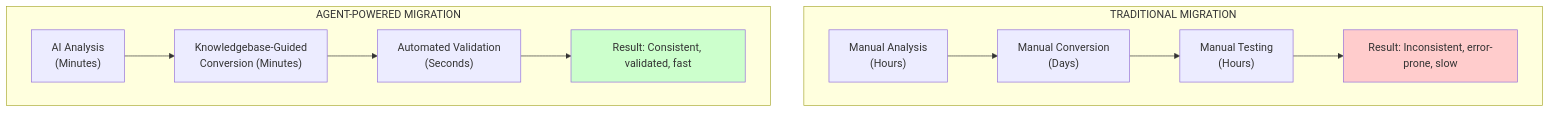
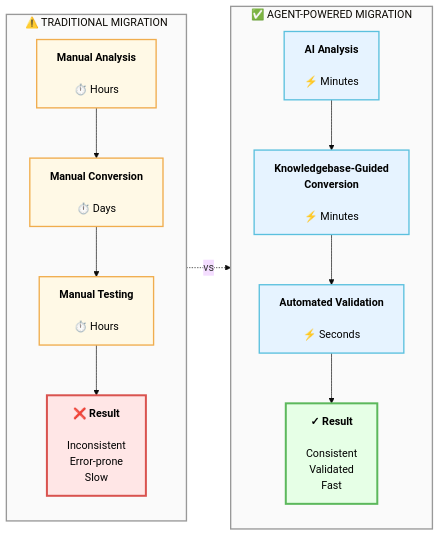
Before and after one commit to github/actions-migrations-via-copilot: the first of 4 diagrams in README.md, drawn with Mermaid.

Commit message:
fixing diagram

````diff
--- a/README.md
+++ b/README.md
@@ -21,16 +21,38 @@
 ```mermaid
-graph TB
-    subgraph Traditional["TRADITIONAL MIGRATION"]
-        T1["Manual Analysis<br/>(Hours)"] --> T2["Manual Conversion<br/>(Days)"]
-        T2 --> T3["Manual Testing<br/>(Hours)"]
-        T3 --> T4["Result: Inconsistent, error-prone, slow"]
-        style T4 fill:#ffcccc
+%%{init: {'theme':'base', 'themeVariables': { 'fontSize':'16px'}}}%%
+graph LR
+    subgraph Traditional["⚠️  TRADITIONAL MIGRATION"]
+        direction TB
+        T1["<b>Manual Analysis</b><br/><br/>⏱️ Hours"]
+        T2["<b>Manual Conversion</b><br/><br/>⏱️ Days"]
+        T3["<b>Manual Testing</b><br/><br/>⏱️ Hours"]
+        T4["<b>❌ Result</b><br/><br/>Inconsistent<br/>Error-prone<br/>Slow"]
+
+        T1 --> T2 --> T3 --> T4
+
+        style T1 fill:#fff9e6,stroke:#f0ad4e,stroke-width:2px,color:#000
+        style T2 fill:#fff9e6,stroke:#f0ad4e,stroke-width:2px,color:#000
+        style T3 fill:#fff9e6,stroke:#f0ad4e,stroke-width:2px,color:#000
+        style T4 fill:#ffe6e6,stroke:#d9534f,stroke-width:3px,color:#000
     end
 
-    subgraph Agent["AGENT-POWERED MIGRATION"]
-        A1["AI Analysis<br/>(Minutes)"] --> A2["Knowledgebase-Guided<br/>Conversion (Minutes)"]
-        A2 --> A3["Automated Validation<br/>(Seconds)"]
-        A3 --> A4["Result: Consistent, validated, fast"]
-        style A4 fill:#ccffcc
+    subgraph Agent["✅  AGENT-POWERED MIGRATION"]
+        direction TB
+        A1["<b>AI Analysis</b><br/><br/>⚡ Minutes"]
+        A2["<b>Knowledgebase-Guided<br/>Conversion</b><br/><br/>⚡ Minutes"]
+        A3["<b>Automated Validation</b><br/><br/>⚡ Seconds"]
+        A4["<b>✓ Result</b><br/><br/>Consistent<br/>Validated<br/>Fast"]
+
+        A1 --> A2 --> A3 --> A4
+
+        style A1 fill:#e6f3ff,stroke:#5bc0de,stroke-width:2px,color:#000
+        style A2 fill:#e6f3ff,stroke:#5bc0de,stroke-width:2px,color:#000
+        style A3 fill:#e6f3ff,stroke:#5bc0de,stroke-width:2px,color:#000
+        style A4 fill:#e6ffe6,stroke:#5cb85c,stroke-width:3px,color:#000
     end
+
+    Traditional -.->|"vs"| Agent
+
+    style Traditional fill:#fafafa,stroke:#999,stroke-width:2px
+    style Agent fill:#fafafa,stroke:#999,stroke-width:2px
 ```
````
